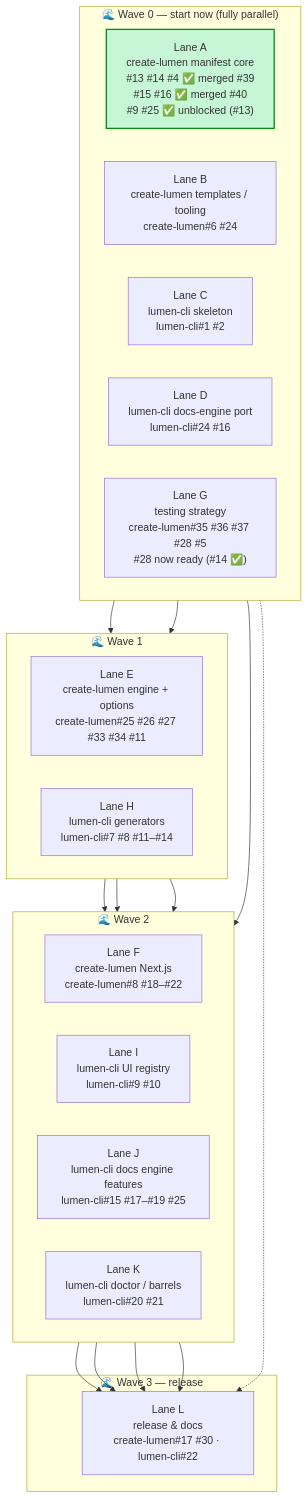
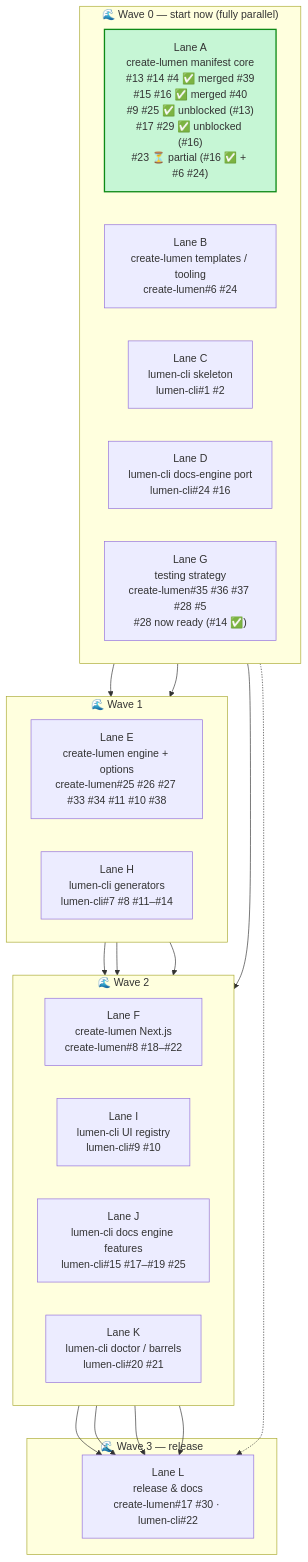
Before and after one commit to LUMEN-SH/create-lumen: the third of 5 diagrams in docs/PLAN.md, drawn with Mermaid. The commit also changed other lines of this file and 1 other file, not shown here.

Commit message:
docs: update dependency graph and waves to include all issues

````diff
--- a/docs/PLAN.md
+++ b/docs/PLAN.md
@@ -127,42 +137,42 @@
 ```mermaid
 flowchart TB
     subgraph W0["🌊 Wave 0 — start now (fully parallel)"]
         direction LR
-        LaneA["Lane A<br/>create-lumen manifest core<br/>#13 #14 #4 ✅ merged #39<br/>#15 #16 ✅ merged #40<br/>#9 #25 ✅ unblocked (#13)"]
+        LaneA["Lane A<br/>create-lumen manifest core<br/>#13 #14 #4 ✅ merged #39<br/>#15 #16 ✅ merged #40<br/>#9 #25 ✅ unblocked (#13)<br/>#17 #29 ✅ unblocked (#16)<br/>#23 ⏳ partial (#16 ✅ + #6 #24)"]
         LaneB["Lane B<br/>create-lumen templates / tooling<br/>create-lumen#6 #24"]
         LaneC["Lane C<br/>lumen-cli skeleton<br/>lumen-cli#1 #2"]
         LaneD["Lane D<br/>lumen-cli docs-engine port<br/>lumen-cli#24 #16"]
         LaneG["Lane G<br/>testing strategy<br/>create-lumen#35 #36 #37 #28 #5<br/>#28 now ready (#14 ✅)"]
     end
 
     subgraph W1["🌊 Wave 1"]
         direction LR
-        LaneE["Lane E<br/>create-lumen engine + options<br/>create-lumen#25 #26 #27 #33 #34 #11"]
+        LaneE["Lane E<br/>create-lumen engine + options<br/>create-lumen#25 #26 #27 #33 #34 #11 #10 #38"]
         LaneH["Lane H<br/>lumen-cli generators<br/>lumen-cli#7 #8 #11–#14"]
     end
 
     subgraph W2["🌊 Wave 2"]
         direction LR
         LaneF["Lane F<br/>create-lumen Next.js<br/>create-lumen#8 #18–#22"]
         LaneI["Lane I<br/>lumen-cli UI registry<br/>lumen-cli#9 #10"]
         LaneJ["Lane J<br/>lumen-cli docs engine features<br/>lumen-cli#15 #17–#19 #25"]
         LaneK["Lane K<br/>lumen-cli doctor / barrels<br/>lumen-cli#20 #21"]
     end
 
     subgraph W3["🌊 Wave 3 — release"]
         LaneL["Lane L<br/>release &amp; docs<br/>create-lumen#17 #30 · lumen-cli#22"]
     end
 
     LaneA --> LaneE --> LaneF
     LaneC --> LaneH
     LaneH --> LaneI
     LaneH --> LaneK
     LaneD --> LaneJ
     LaneG -.-> LaneL
     LaneF --> LaneL
     LaneI --> LaneL
     LaneJ --> LaneL
     LaneK --> LaneL
 
     style LaneA fill:#c6f6d5,stroke:#0e8a16,stroke-width:2px
 ```
````
